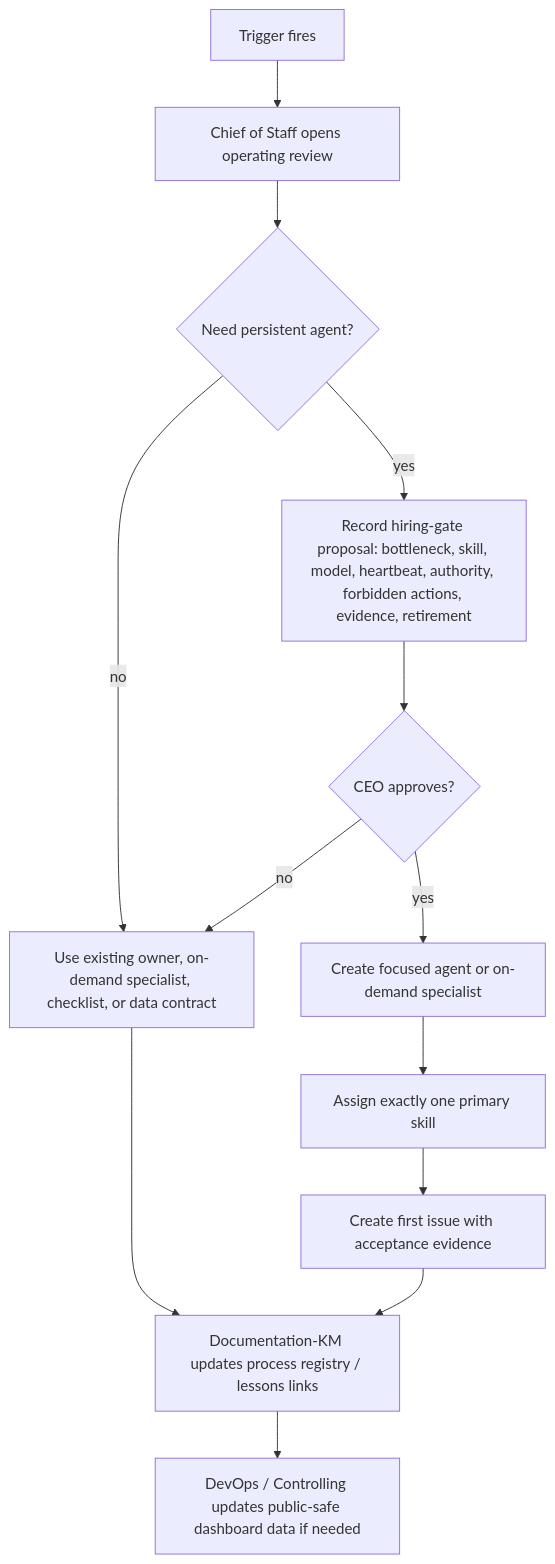
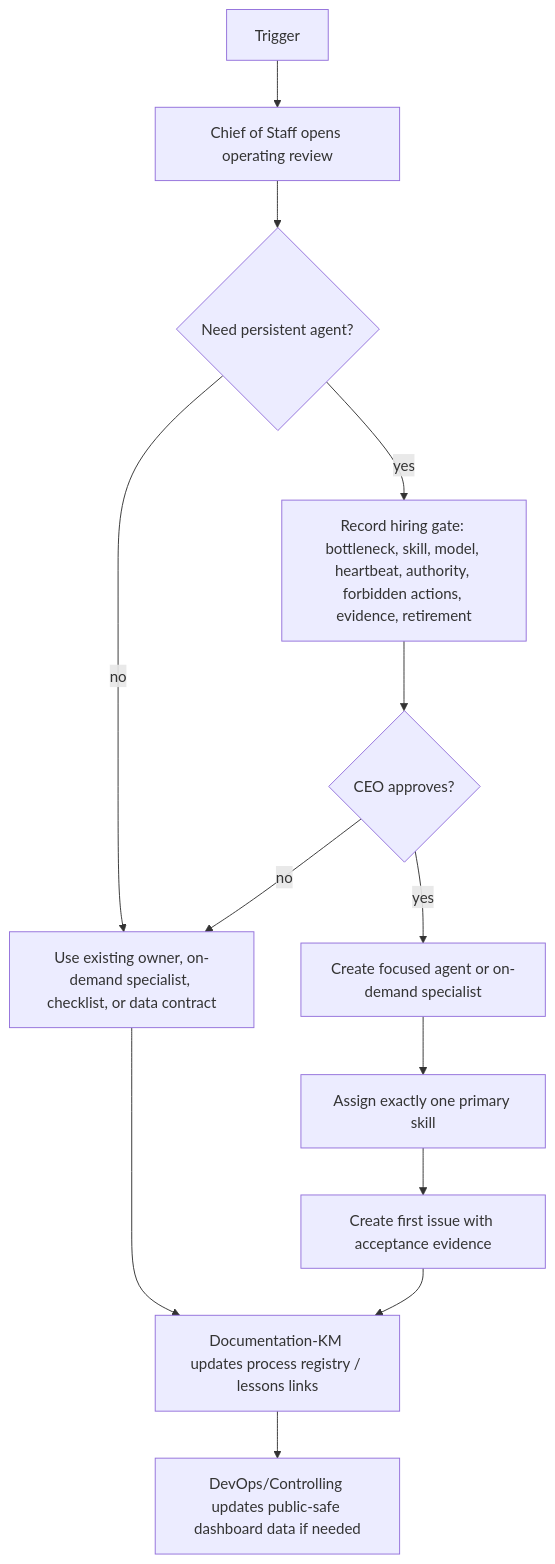
Before and after one commit to QuantMechanica/VPS-PortfolioBuild: the diagram in processes/18-company-operating-system.md, drawn with Mermaid. The commit also changed other lines of this file and 16 other files, not shown here.

First line of the commit message:
docs(routing): sweep processes/, public-data/, scripts/, checklists/, docs/ops/QUA-601 off main (QUA-589)

````diff
--- a/processes/18-company-operating-system.md
+++ b/processes/18-company-operating-system.md
@@ -173,15 +48,15 @@
 ```mermaid
 flowchart TD
-    A[Trigger fires] --> B[Chief of Staff opens operating review]
+    A[Trigger] --> B[Chief of Staff opens operating review]
     B --> C{Need persistent agent?}
     C -- no --> D[Use existing owner, on-demand specialist, checklist, or data contract]
-    C -- yes --> E[Record hiring-gate proposal: bottleneck, skill, model, heartbeat, authority, forbidden actions, evidence, retirement]
+    C -- yes --> E[Record hiring gate: bottleneck, skill, model, heartbeat, authority, forbidden actions, evidence, retirement]
     E --> F{CEO approves?}
     F -- no --> D
     F -- yes --> G[Create focused agent or on-demand specialist]
     G --> H[Assign exactly one primary skill]
     H --> I[Create first issue with acceptance evidence]
     D --> J[Documentation-KM updates process registry / lessons links]
     I --> J
-    J --> K[DevOps / Controlling updates public-safe dashboard data if needed]
+    J --> K[DevOps/Controlling updates public-safe dashboard data if needed]
 ```
````
